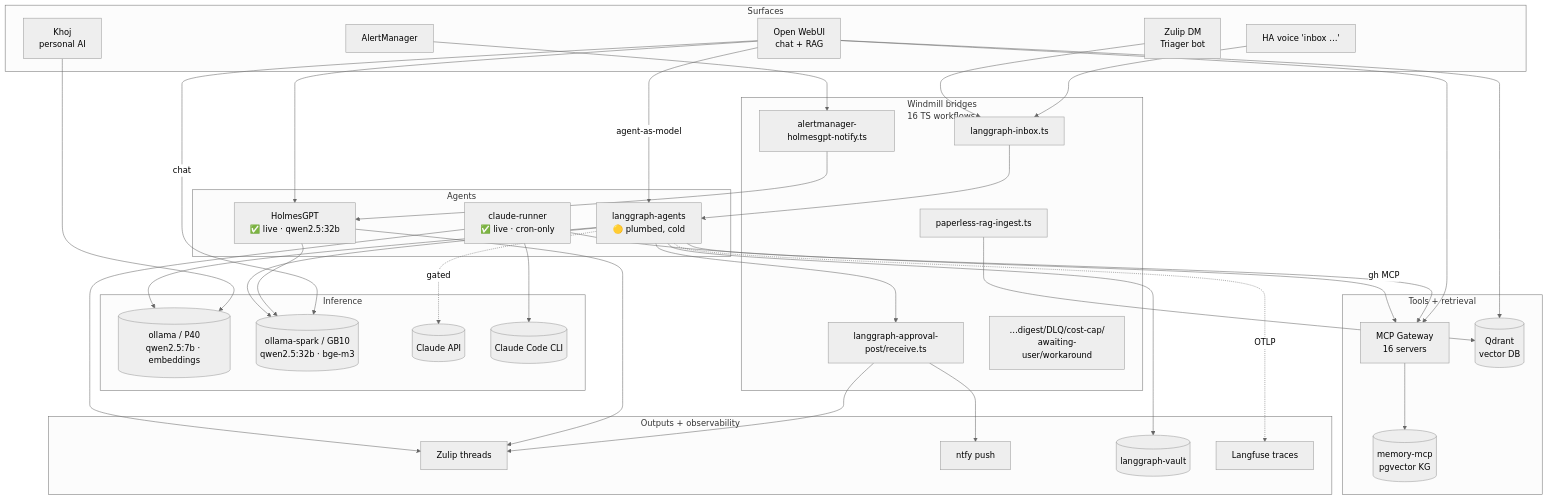
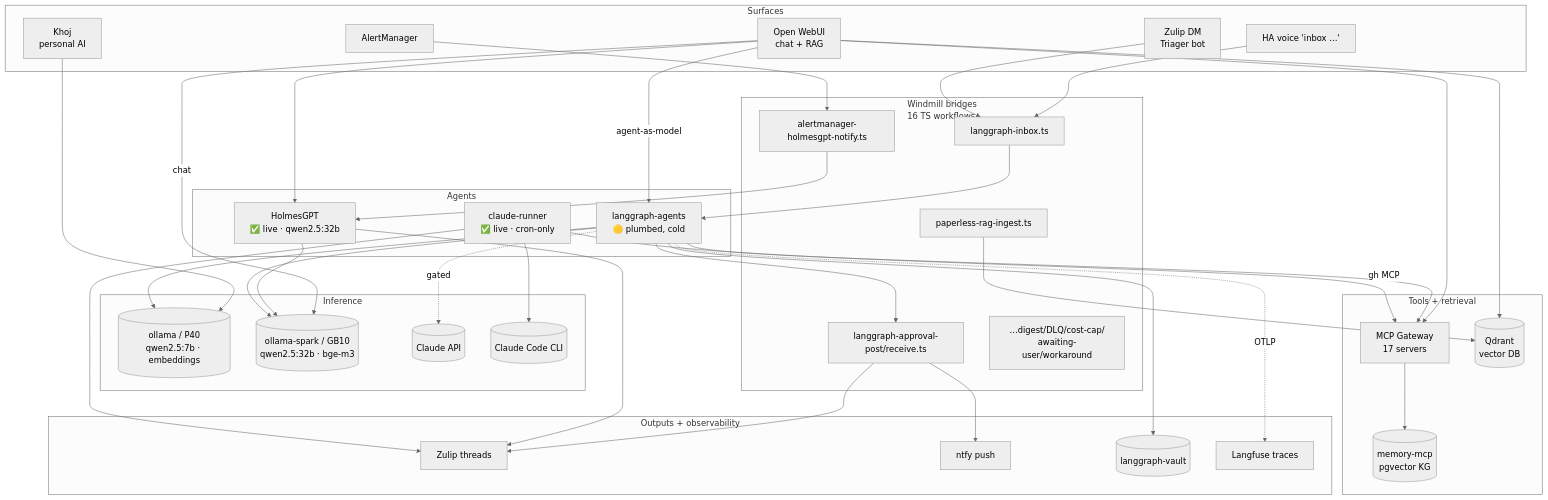
The second of 3 diagrams in README.md (rwlove/home-ops), drawn with Mermaid (neutral theme) before and after one commit. The commit also changed other lines of this file and 7 other files, not shown here.

First line of the commit message:
feat(mcp-system/comfyui-mcp): deploy comfyui-mcp via mcp-gateway (#12011)

````diff
--- a/README.md
+++ b/README.md
@@ -317,67 +317,67 @@
 ```mermaid
 flowchart TB
     subgraph Surfaces[Surfaces]
         OWUI[Open WebUI<br/>chat + RAG]
         Khoj[Khoj<br/>personal AI]
         Voice[HA voice 'inbox …']
         ZulipDM[Zulip DM<br/>Triager bot]
         AM[AlertManager]
     end
 
     subgraph Bridges[Windmill bridges<br/>16 TS workflows]
         WInbox[langgraph-inbox.ts]
         WAlert[alertmanager-holmesgpt-notify.ts]
         WApprove[langgraph-approval-post/receive.ts]
         WPaperless[paperless-rag-ingest.ts]
         WOther[…digest/DLQ/cost-cap/<br/>awaiting-user/workaround]
     end
 
     subgraph Agents[Agents]
         Holmes[HolmesGPT<br/>✅ live · qwen2.5:32b]
         LG[langgraph-agents<br/>🟡 plumbed, cold]
         CR[claude-runner<br/>✅ live · cron-only]
     end
 
     subgraph Inference[Inference]
         OllamaP40[(ollama / P40<br/>qwen2.5:7b · embeddings)]
         OllamaSpark[(ollama-spark / GB10<br/>qwen2.5:32b · bge-m3)]
         Claude[(Claude API)]
         CC[(Claude Code CLI)]
     end
 
     subgraph Tools[Tools + retrieval]
-        Gw[MCP Gateway<br/>16 servers]
+        Gw[MCP Gateway<br/>17 servers]
         Q[(Qdrant<br/>vector DB)]
         Mem[(memory-mcp<br/>pgvector KG)]
     end
 
     subgraph Outputs[Outputs + observability]
         Zulip[Zulip threads]
         Ntfy[ntfy push]
         Vault[(langgraph-vault)]
         LF[Langfuse traces]
     end
 
     Voice --> WInbox --> LG
     ZulipDM --> WInbox
     OWUI -->|chat| OllamaSpark
     OWUI -->|agent-as-model| LG
     OWUI --> Gw
     OWUI --> Holmes
     OWUI --> Q
     Khoj --> OllamaP40
     AM --> WAlert --> Holmes
     Holmes --> OllamaSpark
     LG --> OllamaSpark
     LG --> OllamaP40
     LG -.->|gated| Claude
     LG --> Gw --> Mem
     LG -.->|OTLP| LF
     WPaperless --> Q
     CR --> CC
     CR -->|gh MCP| Gw
     LG --> WApprove --> Zulip & Ntfy
     LG --> Vault
     Holmes --> Zulip
     CR --> Zulip
 ```
````
